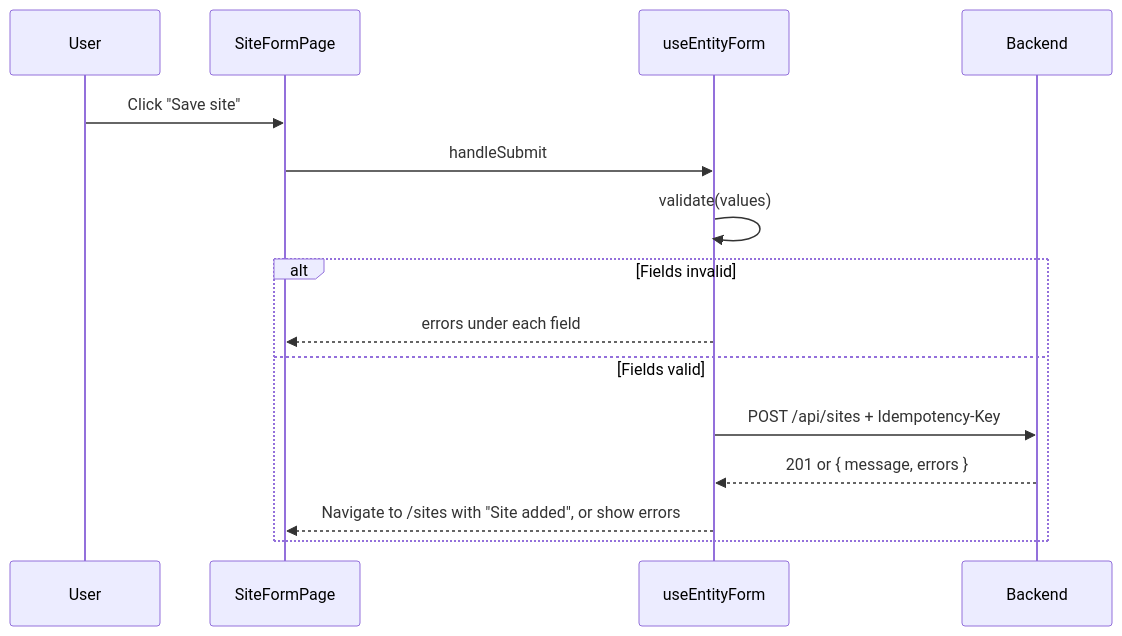
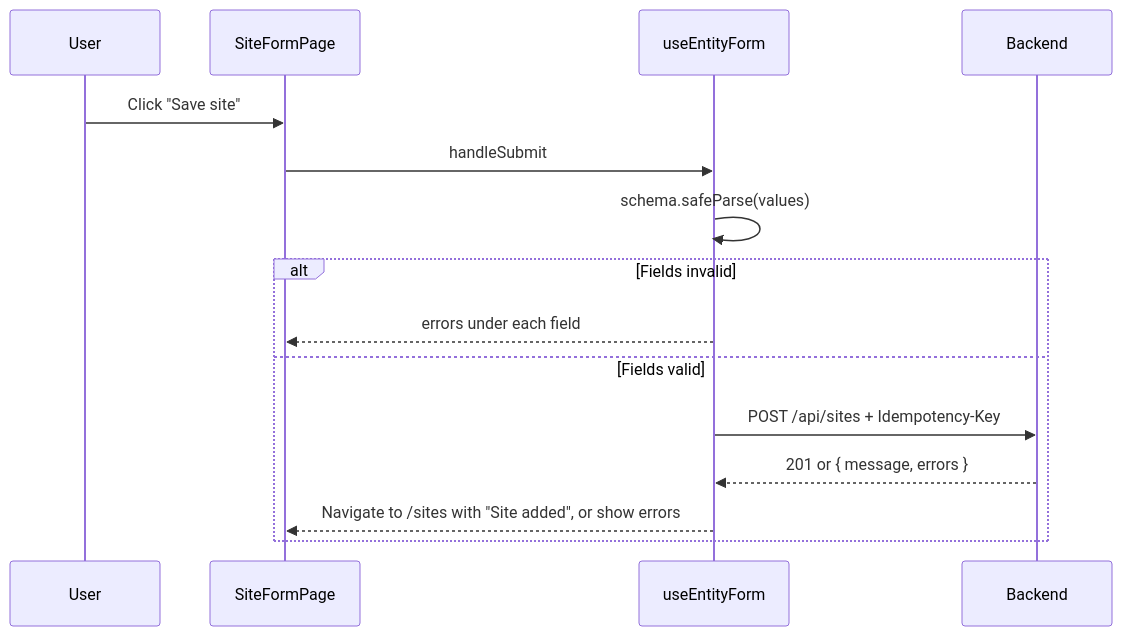
Before and after one commit to FlemingJohn/site-operation-dashboard: the third of 3 diagrams in docs/frontend.md, drawn with Mermaid. The commit also changed other lines of this file, not shown here.

````diff
--- a/docs/frontend.md
+++ b/docs/frontend.md
@@ -150,18 +152,18 @@
 ```mermaid
 sequenceDiagram
     participant User
     participant Form as SiteFormPage
     participant Hook as useEntityForm
     participant API as Backend
 
     User->>Form: Click "Save site"
     Form->>Hook: handleSubmit
-    Hook->>Hook: validate(values)
+    Hook->>Hook: schema.safeParse(values)
     alt Fields invalid
         Hook-->>Form: errors under each field
     else Fields valid
         Hook->>API: POST /api/sites + Idempotency-Key
         API-->>Hook: 201 or { message, errors }
         Hook-->>Form: Navigate to /sites with "Site added", or show errors
     end
 ```
````
